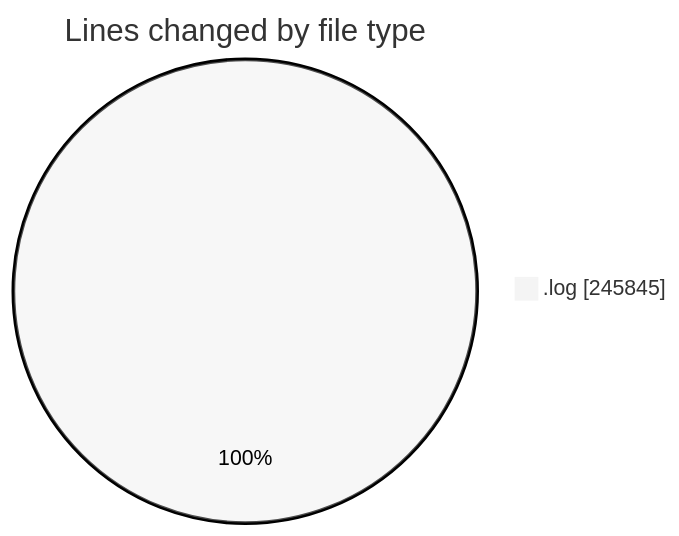
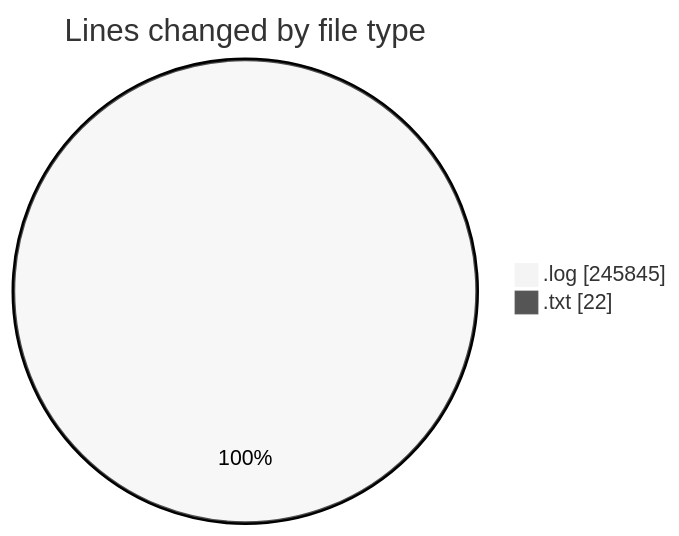
Before and after one commit to ricardozamudiocil/code-tracking: the first of 2 diagrams in 2026-11-24/informesdocpath/README.md, drawn with Mermaid (neutral theme). The commit also changed other lines of this file and 1 other file, not shown here.

````diff
--- a/2026-11-24/informesdocpath/README.md
+++ b/2026-11-24/informesdocpath/README.md
@@ -20,5 +21,6 @@
 ```mermaid
 pie showData
 title Lines changed by file type
 ".log" : 245845
+".txt" : 22
 ```
````
